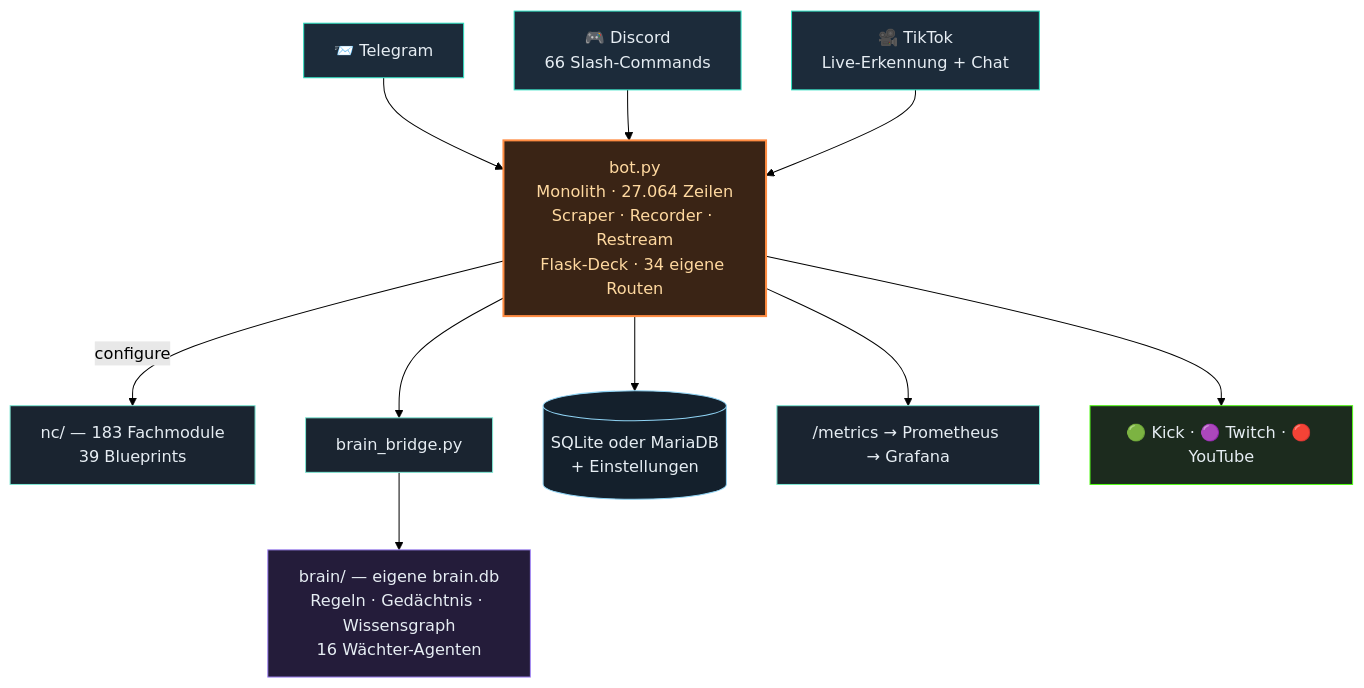
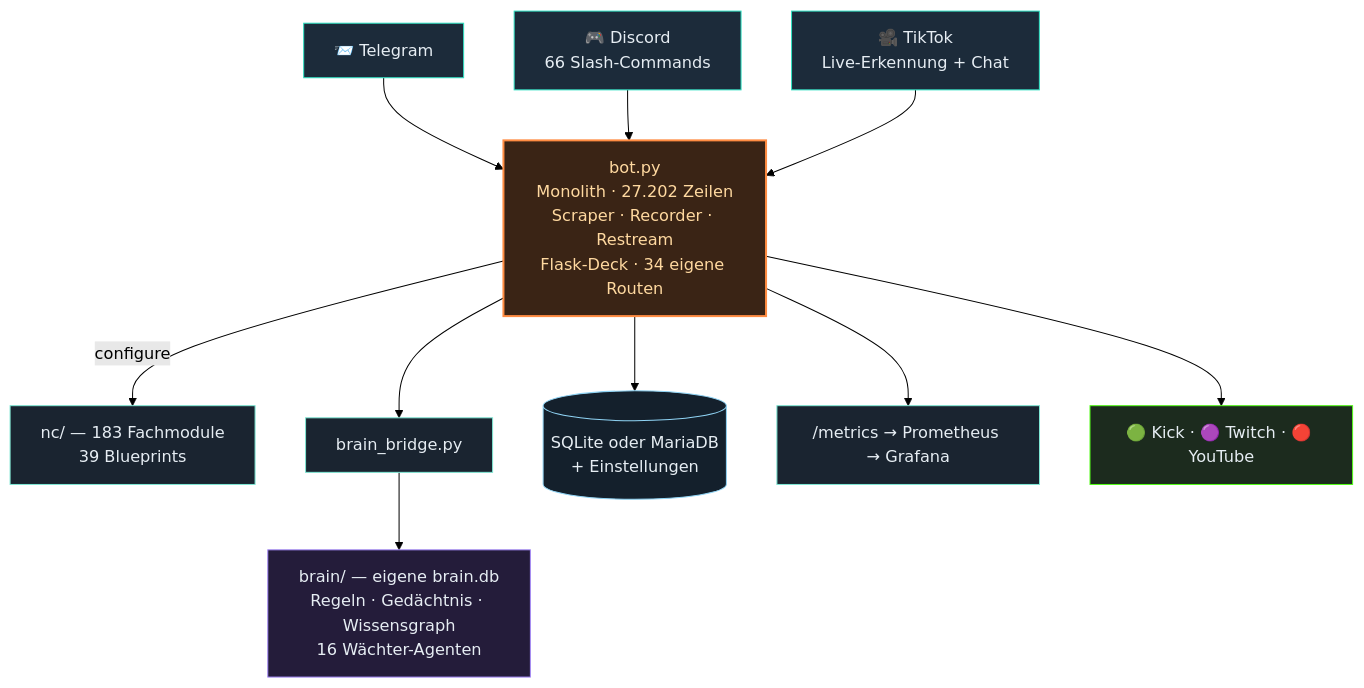
Before and after one commit to itsamemedev/Telegram-Stream-Info-Bot: the second of 3 diagrams in README.md, drawn with Mermaid (forest theme). The commit also changed other lines of this file and 15 other files, not shown here.

````diff
--- a/README.md
+++ b/README.md
@@ -118,19 +118,19 @@
 ```mermaid
 flowchart TB
     TG["📨 Telegram"]:::ein --> BOT
     DC["🎮 Discord<br/>66 Slash-Commands"]:::ein --> BOT
     TT["🎥 TikTok<br/>Live-Erkennung + Chat"]:::ein --> BOT
-    BOT["bot.py<br/>Monolith · 27.064 Zeilen<br/>Scraper · Recorder · Restream<br/>Flask-Deck · 34 eigene Routen"]:::core
+    BOT["bot.py<br/>Monolith · 27.202 Zeilen<br/>Scraper · Recorder · Restream<br/>Flask-Deck · 34 eigene Routen"]:::core
     BOT -->|configure| NC["nc/ — 183 Fachmodule<br/>39 Blueprints"]:::lib
     BOT --> BR["brain_bridge.py"]:::lib
     BR --> BRAIN["brain/ — eigene brain.db<br/>Regeln · Gedächtnis · Wissensgraph<br/>16 Wächter-Agenten"]:::brain
     BOT --> DB[("SQLite oder MariaDB<br/>+ Einstellungen")]:::db
     BOT --> PROM["/metrics → Prometheus → Grafana"]:::lib
     BOT --> OUT["🟢 Kick · 🟣 Twitch · 🔴 YouTube"]:::out
     classDef ein fill:#1c2b3a,stroke:#2de1c2,color:#e6edf3
     classDef core fill:#3a2415,stroke:#ff8c42,stroke-width:2px,color:#ffd9a0
     classDef lib fill:#1a2430,stroke:#7fe7d4,color:#e6edf3
     classDef brain fill:#241c3a,stroke:#a78bfa,color:#e6edf3
     classDef db fill:#14202c,stroke:#8fd3f4,color:#e6edf3
     classDef out fill:#1c2b1e,stroke:#53fc18,color:#e6edf3
 ```
````
